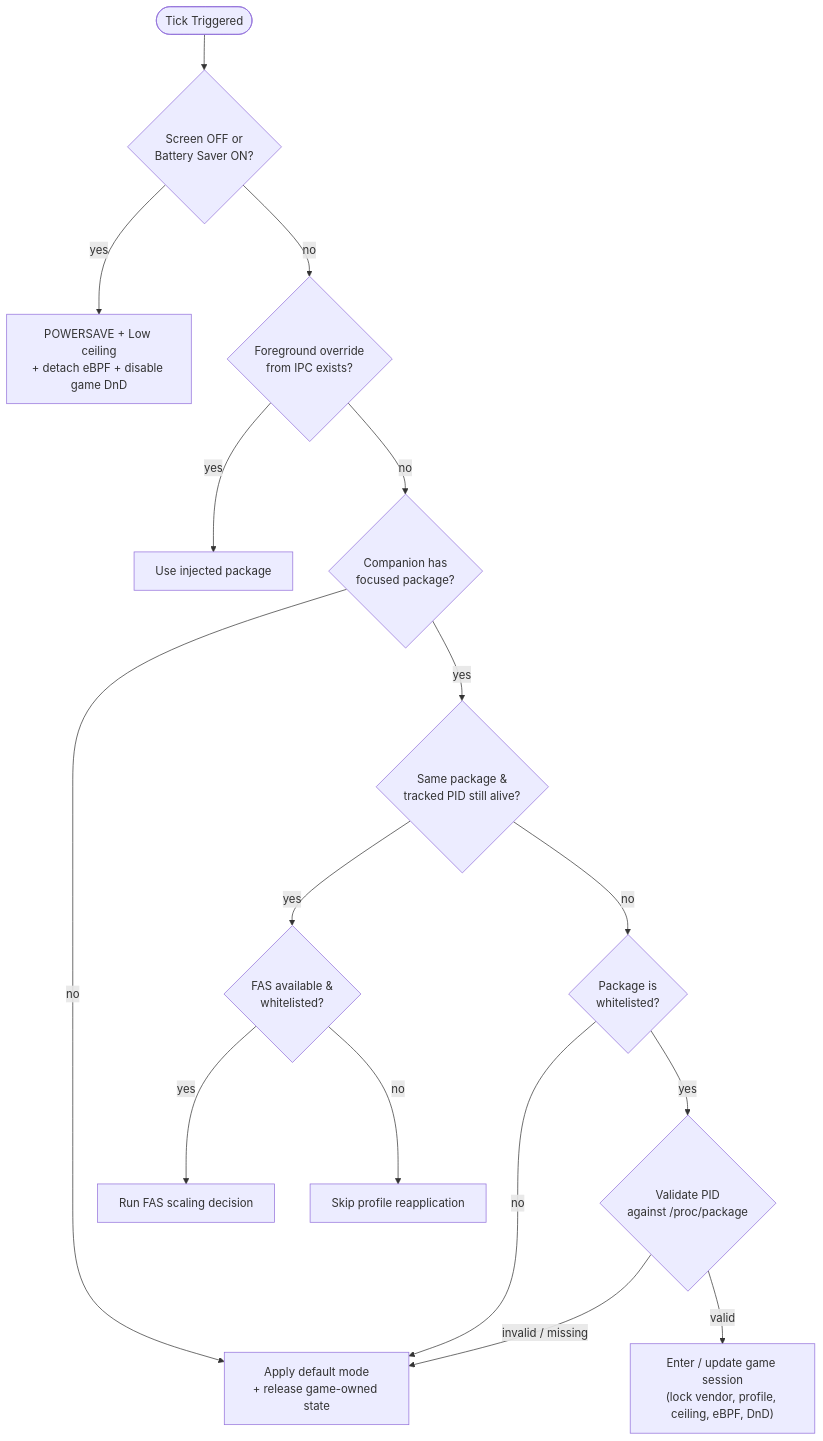
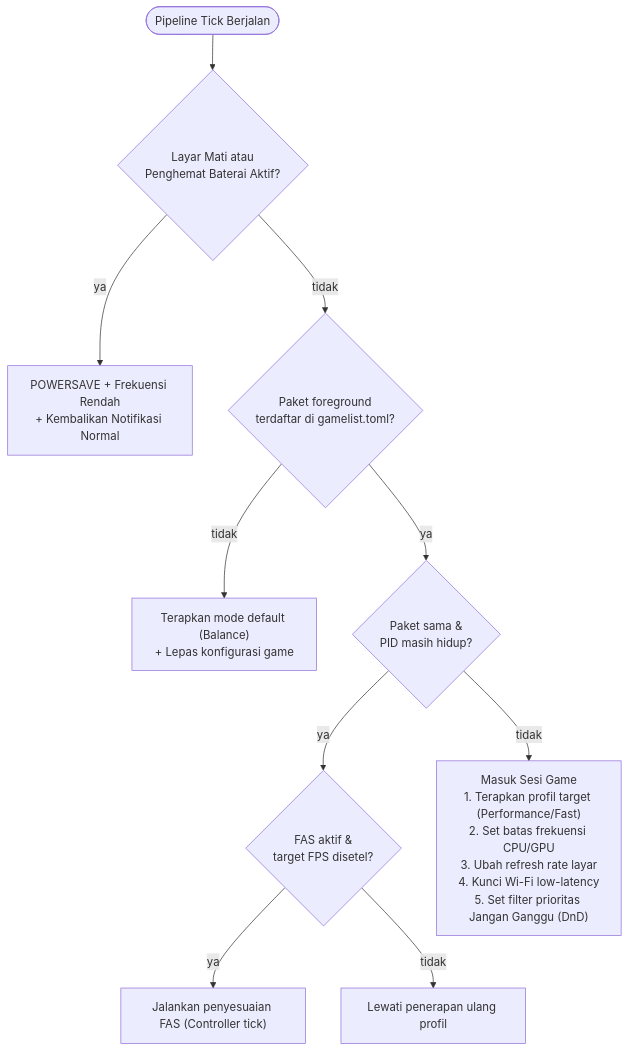
Before and after one commit to pavelc4/auriya-wiki: the third of 3 diagrams in src/content/docs/id/architecture/overview.md, drawn with Mermaid. The commit also changed other lines of this file and 42 other files, not shown here.

Commit message:
docs: overhaul architecture documentation for v2.2.0 Native Binder IPC

````diff
--- a/src/content/docs/id/architecture/overview.md
+++ b/src/content/docs/id/architecture/overview.md
@@ -76,23 +71,15 @@
 ```mermaid
 flowchart TD
-    tick([Tick Triggered]) --> check_screen{"Screen OFF or<br/>Battery Saver ON?"}
-    check_screen -->|yes| p_powersave["POWERSAVE + Low ceiling<br/>+ detach eBPF + disable game DnD"]
-    check_screen -->|no| check_inject{"Foreground override<br/>from IPC exists?"}
+    tick([Pipeline Tick Berjalan]) --> check_screen{"Layar Mati atau<br/>Penghemat Baterai Aktif?"}
+    check_screen -->|ya| p_powersave["POWERSAVE + Frekuensi Rendah<br/>+ Kembalikan Notifikasi Normal"]
+    check_screen -->|tidak| check_fg{"Paket foreground<br/>terdaftar di gamelist.toml?"}
 
-    check_inject -->|yes| use_inject["Use injected package"]
-    check_inject -->|no| check_fg{"Companion has<br/>focused package?"}
+    check_fg -->|tidak| default_mode["Terapkan mode default (Balance)<br/>+ Lepas konfigurasi game"]
+    check_fg -->|ya| check_same{"Paket sama &<br/>PID masih hidup?"}
 
-    check_fg -->|no| default_mode["Apply default mode<br/>+ release game-owned state"]
-    check_fg -->|yes| check_same{"Same package &<br/>tracked PID still alive?"}
+    check_same -->|ya| check_fas{"FAS aktif &<br/>target FPS disetel?"}
+    check_fas -->|ya| run_fas["Jalankan penyesuaian FAS (Controller tick)"]
+    check_fas -->|tidak| skip_reapply["Lewati penerapan ulang profil"]
 
-    check_same -->|yes| check_fas{"FAS available &<br/>whitelisted?"}
-    check_fas -->|yes| run_fas["Run FAS scaling decision"]
-    check_fas -->|no| skip_reapply["Skip profile reapplication"]
-
-    check_same -->|no| check_white{"Package is<br/>whitelisted?"}
-    check_white -->|no| default_mode
-
-    check_white -->|yes| check_pid{"Validate PID<br/>against /proc/package"}
-    check_pid -->|invalid / missing| default_mode
-    check_pid -->|valid| enter_game["Enter / update game session<br/>(lock vendor, profile, ceiling, eBPF, DnD)"]
+    check_same -->|tidak| enter_game["Masuk Sesi Game<br/>1. Terapkan profil target (Performance/Fast)<br/>2. Set batas frekuensi CPU/GPU<br/>3. Ubah refresh rate layar<br/>4. Kunci Wi-Fi low-latency<br/>5. Set filter prioritas Jangan Ganggu (DnD)"]
 ```
````
